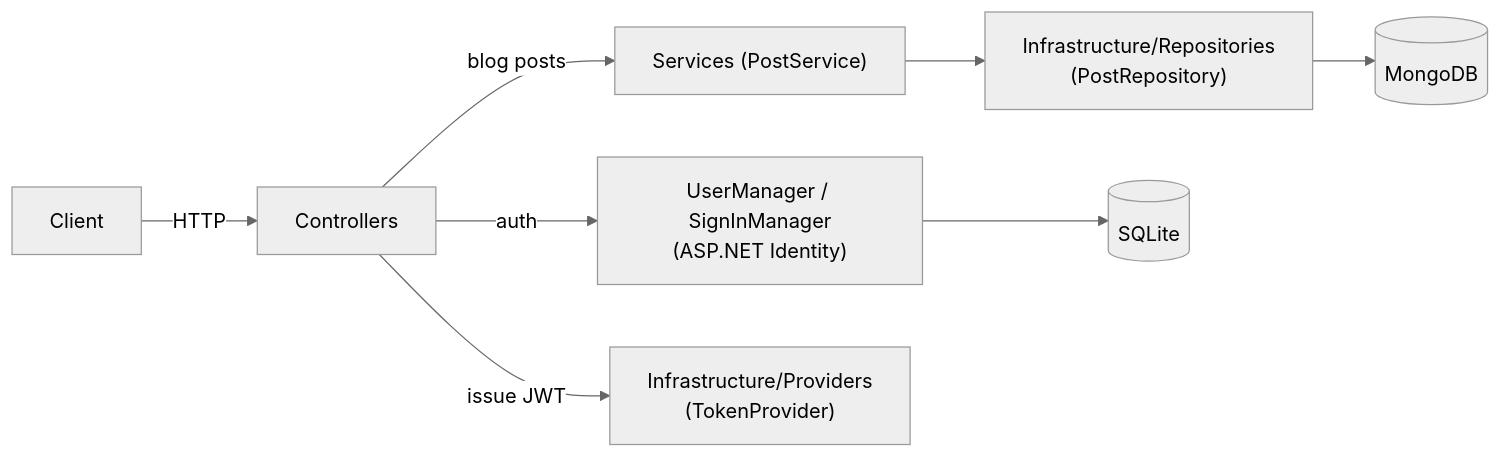
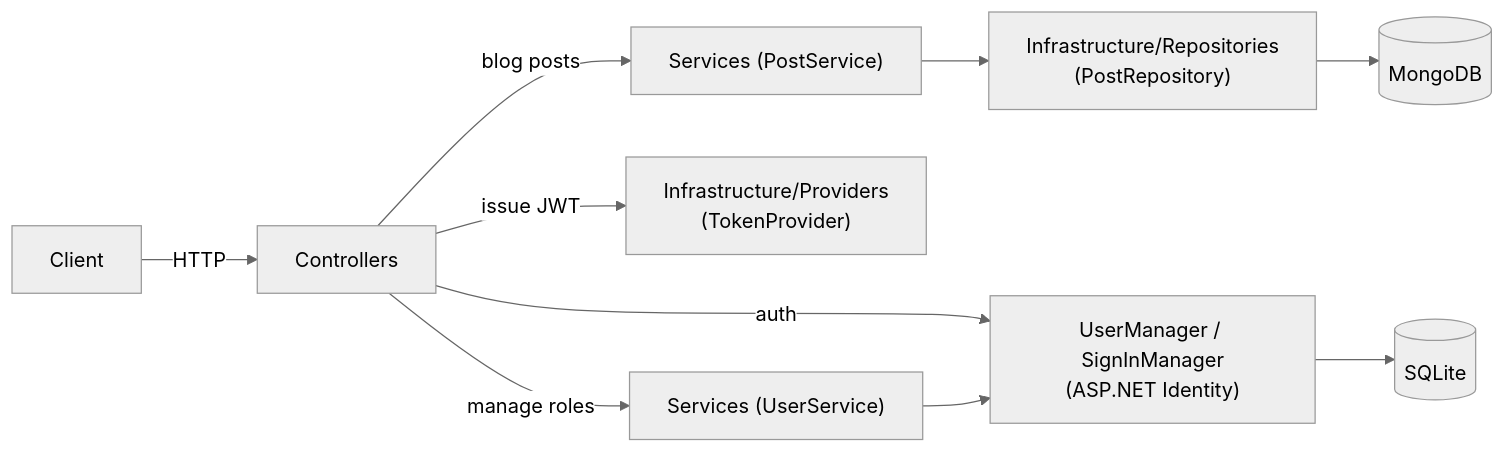
Before and after one commit to KarelDolansky/BlogMVC: the diagram in docs/ARCHITECTURE.md, drawn with Mermaid (neutral theme). The commit also changed other lines of this file and 11 other files, not shown here.

````diff
--- a/docs/ARCHITECTURE.md
+++ b/docs/ARCHITECTURE.md
@@ -8,10 +8,12 @@
 ```mermaid
 flowchart LR
     Client -->|HTTP| Controllers
     Controllers -->|blog posts| Services["Services (PostService)"]
     Services --> Repositories["Infrastructure/Repositories\n(PostRepository)"]
     Repositories --> MongoDB[(MongoDB)]
     Controllers -->|auth| Identity["UserManager / SignInManager\n(ASP.NET Identity)"]
     Identity --> SQLite[(SQLite)]
     Controllers -->|issue JWT| TokenProvider["Infrastructure/Providers\n(TokenProvider)"]
+    Controllers -->|manage roles| UserService["Services (UserService)"]
+    UserService --> Identity
 ```
````
